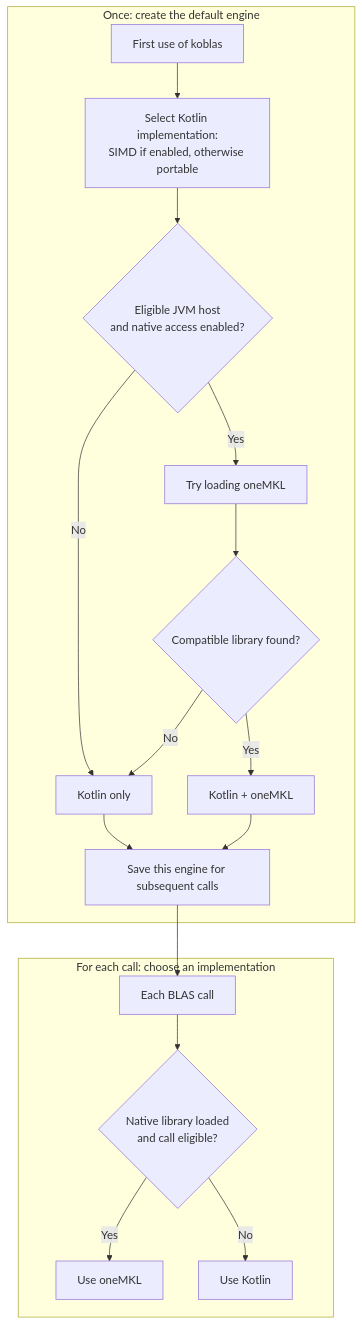
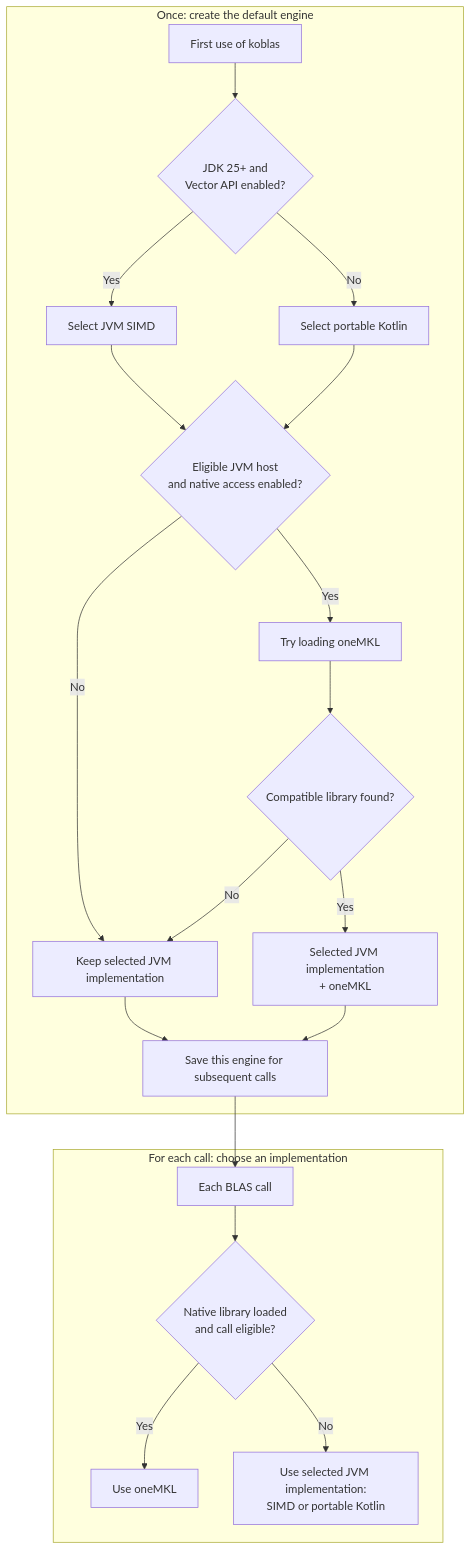
Before and after one commit to Eignex/koblas: the first of 2 diagrams in BACKENDS.md, drawn with Mermaid. The commit also changed other lines of this file and 2 other files, not shown here.

````diff
--- a/BACKENDS.md
+++ b/BACKENDS.md
@@ -11,20 +13,23 @@
 ```mermaid
 flowchart TD
     subgraph loading["Once: create the default engine"]
-    A["First use of koblas"] --> B["Select Kotlin implementation:<br/>SIMD if enabled, otherwise portable"]
-    B --> C{"Eligible JVM host<br/>and native access enabled?"}
-    C -- No --> D["Kotlin only"]
+    A["First use of koblas"] --> B{"JDK 25+ and<br/>Vector API enabled?"}
+    B -- Yes --> S["Select JVM SIMD"]
+    B -- No --> P["Select portable Kotlin"]
+    S --> C{"Eligible JVM host<br/>and native access enabled?"}
+    P --> C
+    C -- No --> D["Keep selected JVM implementation"]
     C -- Yes --> E["Try loading oneMKL"]
     E --> F{"Compatible library found?"}
     F -- No --> D
-    F -- Yes --> G["Kotlin + oneMKL"]
+    F -- Yes --> G["Selected JVM implementation<br/>+ oneMKL"]
     D --> H["Save this engine for subsequent calls"]
     G --> H
     end
     subgraph execution["For each call: choose an implementation"]
     I["Each BLAS call"] --> J{"Native library loaded<br/>and call eligible?"}
     J -- Yes --> K["Use oneMKL"]
-    J -- No --> L["Use Kotlin"]
+    J -- No --> L["Use selected JVM implementation:<br/>SIMD or portable Kotlin"]
     end
     H --> I
 ```
````
